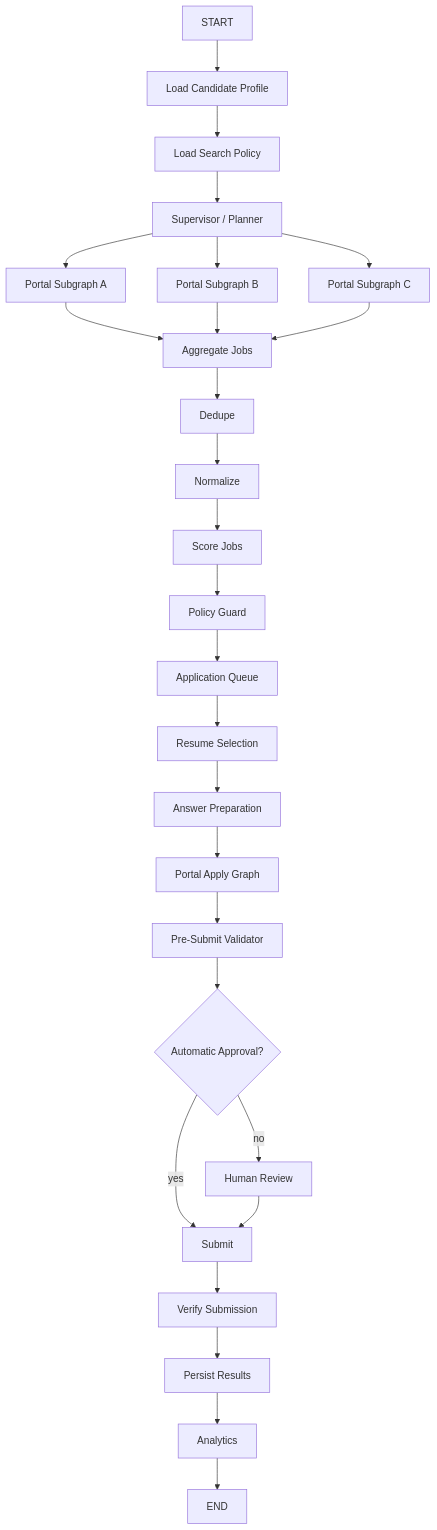
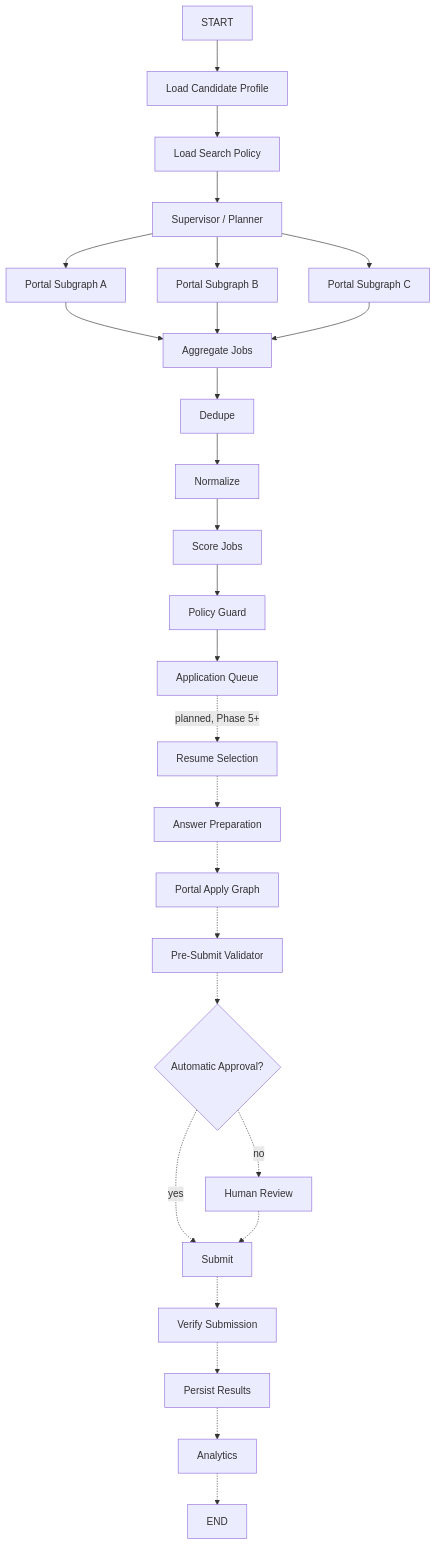
Before and after one commit to TravelXML/Langchain: the sixth of 11 diagrams in ARCHITECTURE.md, drawn with Mermaid. The commit also changed other lines of this file and 16 other files, not shown here.

````diff
--- a/ARCHITECTURE.md
+++ b/ARCHITECTURE.md
@@ -147,29 +191,29 @@
 ```mermaid
 flowchart TB
     START --> LoadProfile[Load Candidate Profile]
     LoadProfile --> LoadPolicy[Load Search Policy]
     LoadPolicy --> Supervisor[Supervisor / Planner]
     Supervisor --> PortalA[Portal Subgraph A]
     Supervisor --> PortalB[Portal Subgraph B]
     Supervisor --> PortalC[Portal Subgraph C]
     PortalA --> Aggregate[Aggregate Jobs]
     PortalB --> Aggregate
     PortalC --> Aggregate
     Aggregate --> Dedupe
     Dedupe --> Normalize
     Normalize --> Score[Score Jobs]
     Score --> Guard[Policy Guard]
     Guard --> Queue[Application Queue]
-    Queue --> ResumeSel[Resume Selection]
-    ResumeSel --> Answers[Answer Preparation]
-    Answers --> ApplyGraph[Portal Apply Graph]
-    ApplyGraph --> Validator[Pre-Submit Validator]
-    Validator --> Auto{Automatic Approval?}
-    Auto -->|yes| Submit
-    Auto -->|no| Human[Human Review]
-    Human --> Submit
-    Submit --> Verify[Verify Submission]
-    Verify --> Persist[Persist Results]
-    Persist --> Analytics
-    Analytics --> END
+    Queue -.->|planned, Phase 5+| ResumeSel[Resume Selection]
+    ResumeSel -.-> Answers[Answer Preparation]
+    Answers -.-> ApplyGraph[Portal Apply Graph]
+    ApplyGraph -.-> Validator[Pre-Submit Validator]
+    Validator -.-> Auto{Automatic Approval?}
+    Auto -.->|yes| Submit
+    Auto -.->|no| Human[Human Review]
+    Human -.-> Submit
+    Submit -.-> Verify[Verify Submission]
+    Verify -.-> Persist[Persist Results]
+    Persist -.-> Analytics
+    Analytics -.-> END
 ```
````
